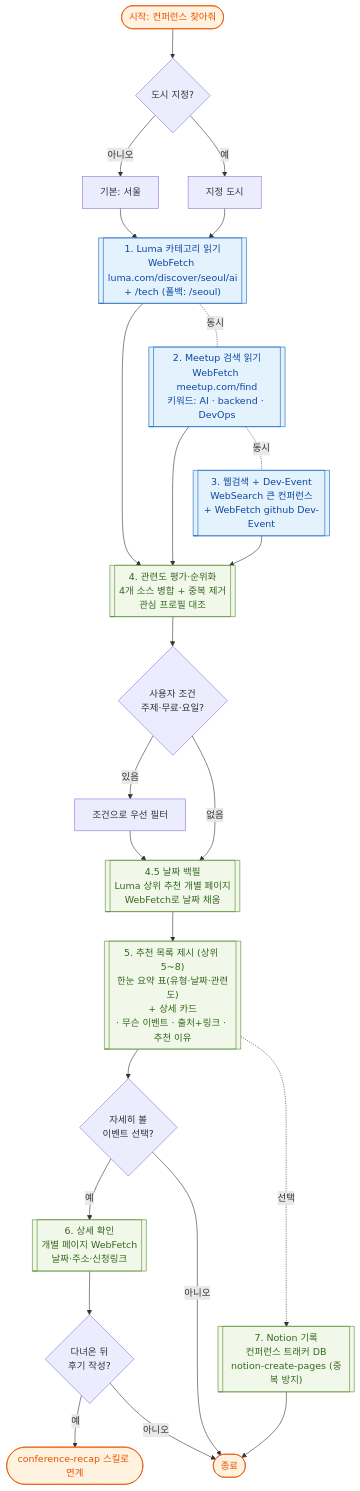
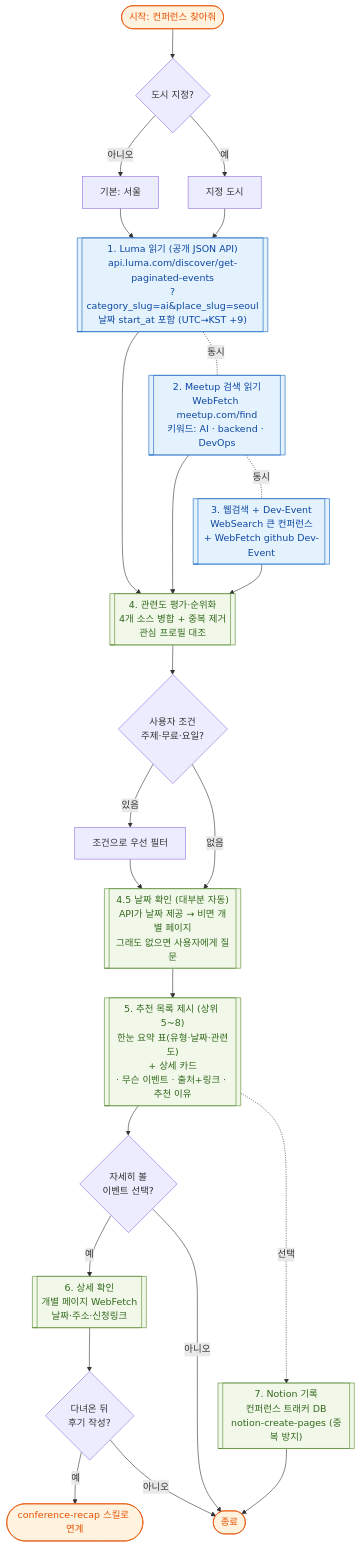
The diagram in plugins/conference-finder/skills/conference-finder/FLOW.md (siontext/zion_market), drawn with Mermaid before and after one commit. The commit also changed 3 other files, not shown here.

````diff
--- a/plugins/conference-finder/skills/conference-finder/FLOW.md
+++ b/plugins/conference-finder/skills/conference-finder/FLOW.md
@@ -1,38 +1,38 @@
 ```mermaid
 flowchart TD
     A([시작: 컨퍼런스 찾아줘]) --> B{도시 지정?}
     B -- 아니오 --> C[기본: 서울]
     B -- 예 --> C2[지정 도시]
     C --> D
     C2 --> D
 
-    D[["1. Luma 카테고리 읽기<br/>WebFetch luma.com/discover/seoul/ai<br/>+ /tech (폴백: /seoul)"]] --> F
+    D[["1. Luma 읽기 (공개 JSON API)<br/>api.luma.com/discover/get-paginated-events<br/>?category_slug=ai&place_slug=seoul<br/>날짜 start_at 포함 (UTC→KST +9)"]] --> F
     E[["2. Meetup 검색 읽기<br/>WebFetch meetup.com/find<br/>키워드: AI · backend · DevOps"]] --> F
     W[["3. 웹검색 + Dev-Event<br/>WebSearch 큰 컨퍼런스<br/>+ WebFetch github Dev-Event"]] --> F
     D -.동시.- E
     E -.동시.- W
 
     F[["4. 관련도 평가·순위화<br/>4개 소스 병합 + 중복 제거<br/>관심 프로필 대조"]] --> G{"사용자 조건<br/>주제·무료·요일?"}
     G -- 있음 --> H[조건으로 우선 필터]
     G -- 없음 --> J
     H --> J
 
-    J[["4.5 날짜 백필<br/>Luma 상위 추천 개별 페이지<br/>WebFetch로 날짜 채움"]] --> K
+    J[["4.5 날짜 확인 (대부분 자동)<br/>API가 날짜 제공 → 비면 개별 페이지<br/>그래도 없으면 사용자에게 질문"]] --> K
 
     K[["5. 추천 목록 제시 (상위 5~8)<br/>한눈 요약 표(유형·날짜·관련도)<br/>+ 상세 카드<br/>· 무슨 이벤트 · 출처+링크 · 추천 이유"]] --> L{자세히 볼<br/>이벤트 선택?}
     K -.선택.-> R[["7. Notion 기록<br/>컨퍼런스 트래커 DB<br/>notion-create-pages (중복 방지)"]]
     R --> N
 
     L -- 예 --> M[["6. 상세 확인<br/>개별 페이지 WebFetch<br/>날짜·주소·신청링크"]]
     L -- 아니오 --> N([종료])
     M --> O{다녀온 뒤<br/>후기 작성?}
     O -- 예 --> P([conference-recap 스킬로 연계])
     O -- 아니오 --> N
 
     classDef src fill:#e3f2fd,stroke:#1565c0,color:#0d47a1;
     classDef step fill:#f1f8e9,stroke:#558b2f,color:#33691e;
     classDef done fill:#fff3e0,stroke:#e65100,color:#e65100;
     class D,E,W src;
     class F,J,K,M,R step;
     class A,N,P done;
 ```
````
